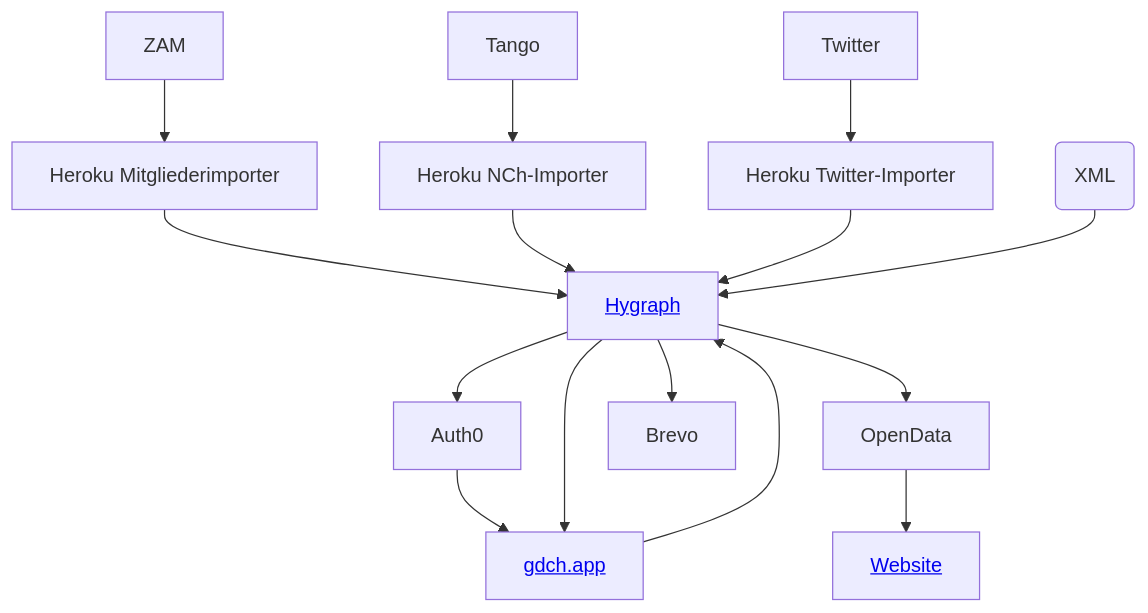
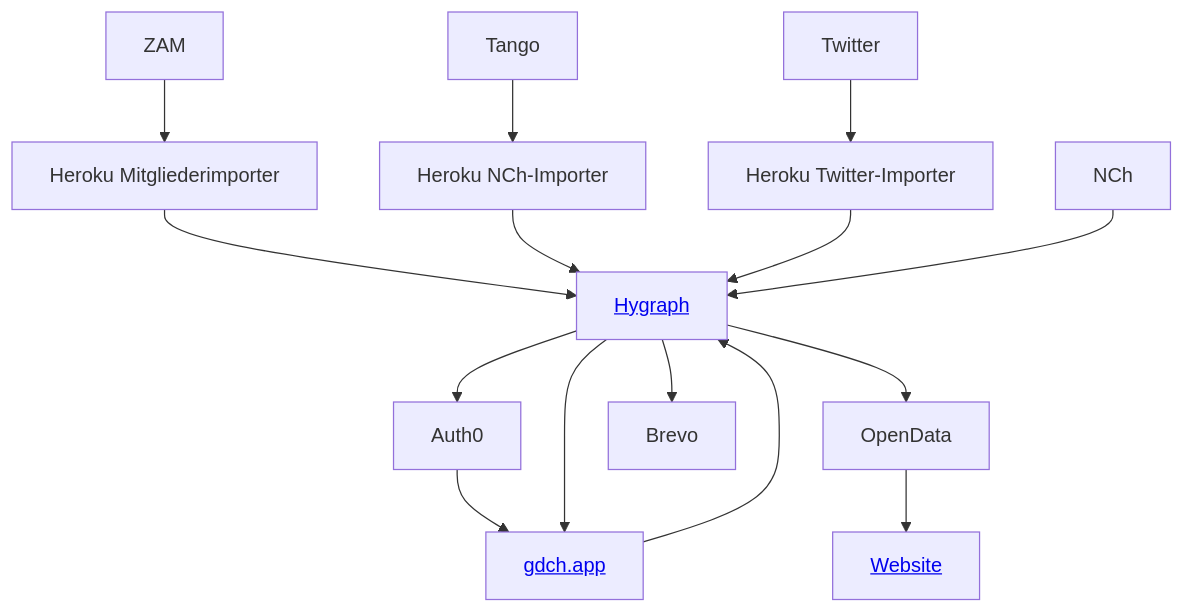
The diagram in infrastructure.md (GDCh-de/docs), drawn with Mermaid before and after one commit.

````diff
--- a/infrastructure.md
+++ b/infrastructure.md
@@ -3,9 +3,9 @@
 ```mermaid
 graph TD;
   Hygraph[<a href='/GDCh-de/docs/blob/main/hygraph.md'>Hygraph</a>] --> Auth0 --> App[<a href='https://gdch.app'>gdch.app</a>] --> Hygraph --> App;
   ZAM --> Heroku1[Heroku Mitgliederimporter] --> Hygraph;
   Tango --> Heroku2[Heroku NCh-Importer] --> Hygraph;
   Twitter --> Heroku3[Heroku Twitter-Importer] --> Hygraph;
   Hygraph --> OpenData --> Website[<a href='https://gdch.de'>Website</a>];
-  NCh(XML) --> Hygraph --> Brevo
+  NCh --> Hygraph --> Brevo
 ```
````
